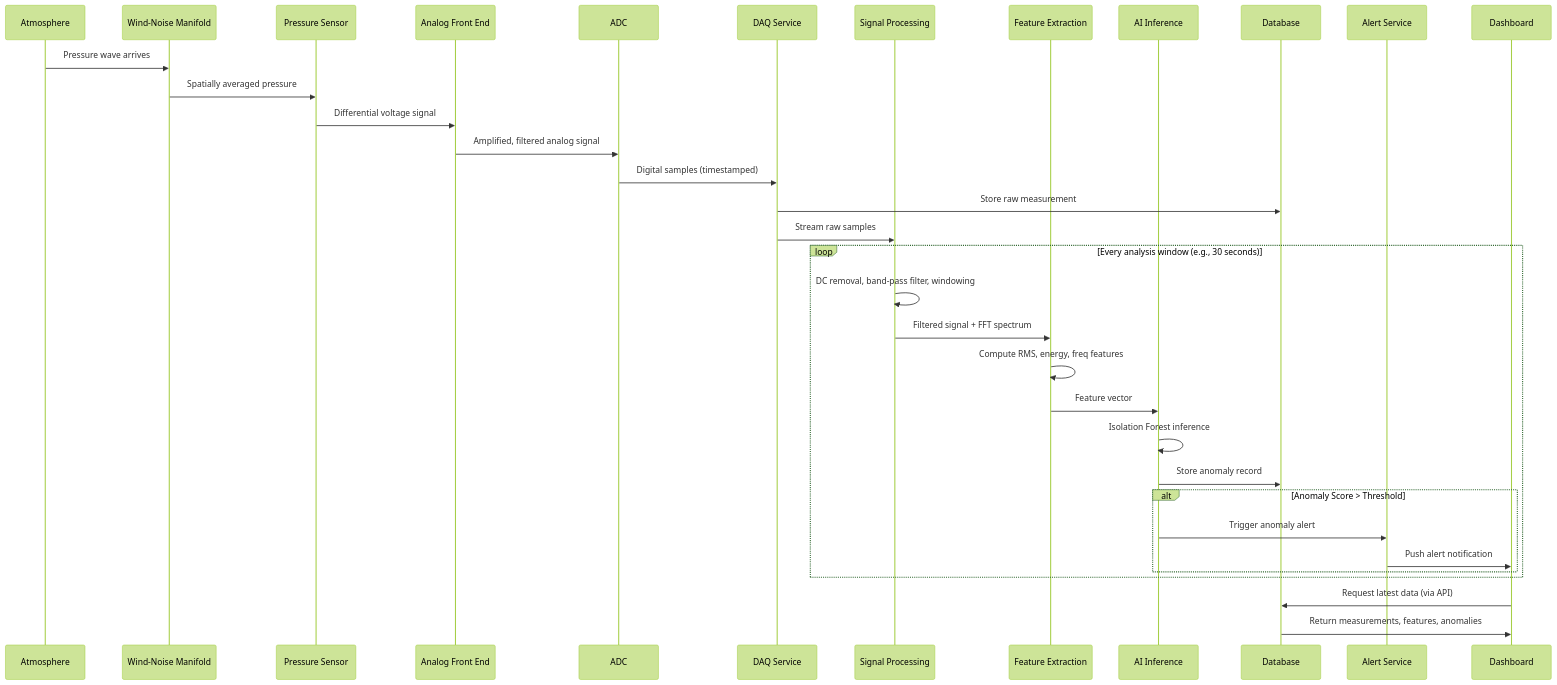
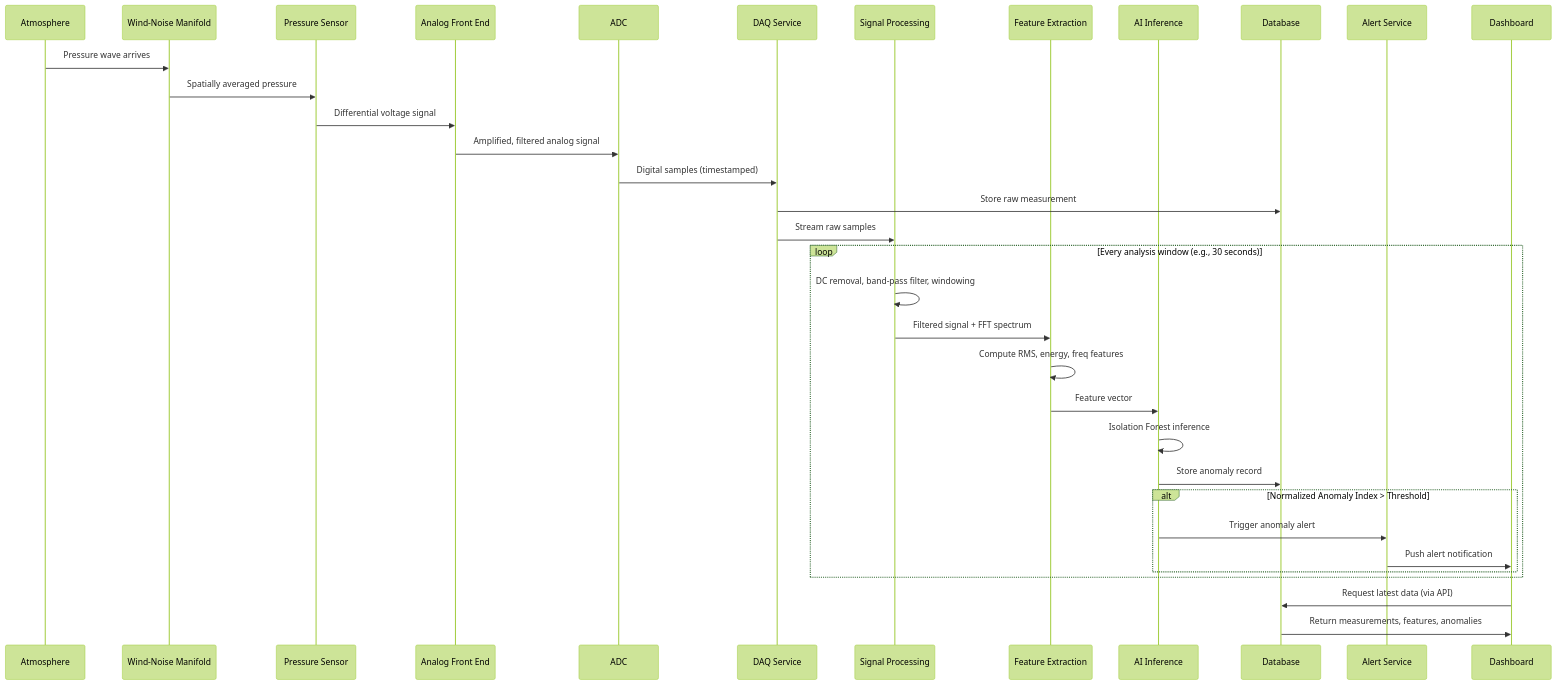
The first of 3 diagrams in 02-system-architecture/component-interaction.md (akhilsoigama/infra_socket), drawn with Mermaid (forest theme) before and after one commit. The commit also changed other lines of this file and 43 other files, not shown here.

````diff
--- a/02-system-architecture/component-interaction.md
+++ b/02-system-architecture/component-interaction.md
@@ -5,39 +5,39 @@
 ```mermaid
 sequenceDiagram
     participant ATM as Atmosphere
     participant WNR as Wind-Noise Manifold
     participant SENSOR as Pressure Sensor
     participant AFE as Analog Front End
     participant ADC as ADC
     participant DAQ as DAQ Service
     participant SP as Signal Processing
     participant FE as Feature Extraction
     participant AI as AI Inference
     participant DB as Database
     participant ALERT as Alert Service
     participant DASH as Dashboard
 
     ATM->>WNR: Pressure wave arrives
     WNR->>SENSOR: Spatially averaged pressure
     SENSOR->>AFE: Differential voltage signal
     AFE->>ADC: Amplified, filtered analog signal
     ADC->>DAQ: Digital samples (timestamped)
     DAQ->>DB: Store raw measurement
     DAQ->>SP: Stream raw samples
 
     loop Every analysis window (e.g., 30 seconds)
         SP->>SP: DC removal, band-pass filter, windowing
         SP->>FE: Filtered signal + FFT spectrum
         FE->>FE: Compute RMS, energy, freq features
         FE->>AI: Feature vector
         AI->>AI: Isolation Forest inference
         AI->>DB: Store anomaly record
-        alt Anomaly Score > Threshold
+        alt Normalized Anomaly Index > Threshold
             AI->>ALERT: Trigger anomaly alert
             ALERT->>DASH: Push alert notification
         end
     end
 
     DASH->>DB: Request latest data (via API)
     DB->>DASH: Return measurements, features, anomalies
 ```
````
